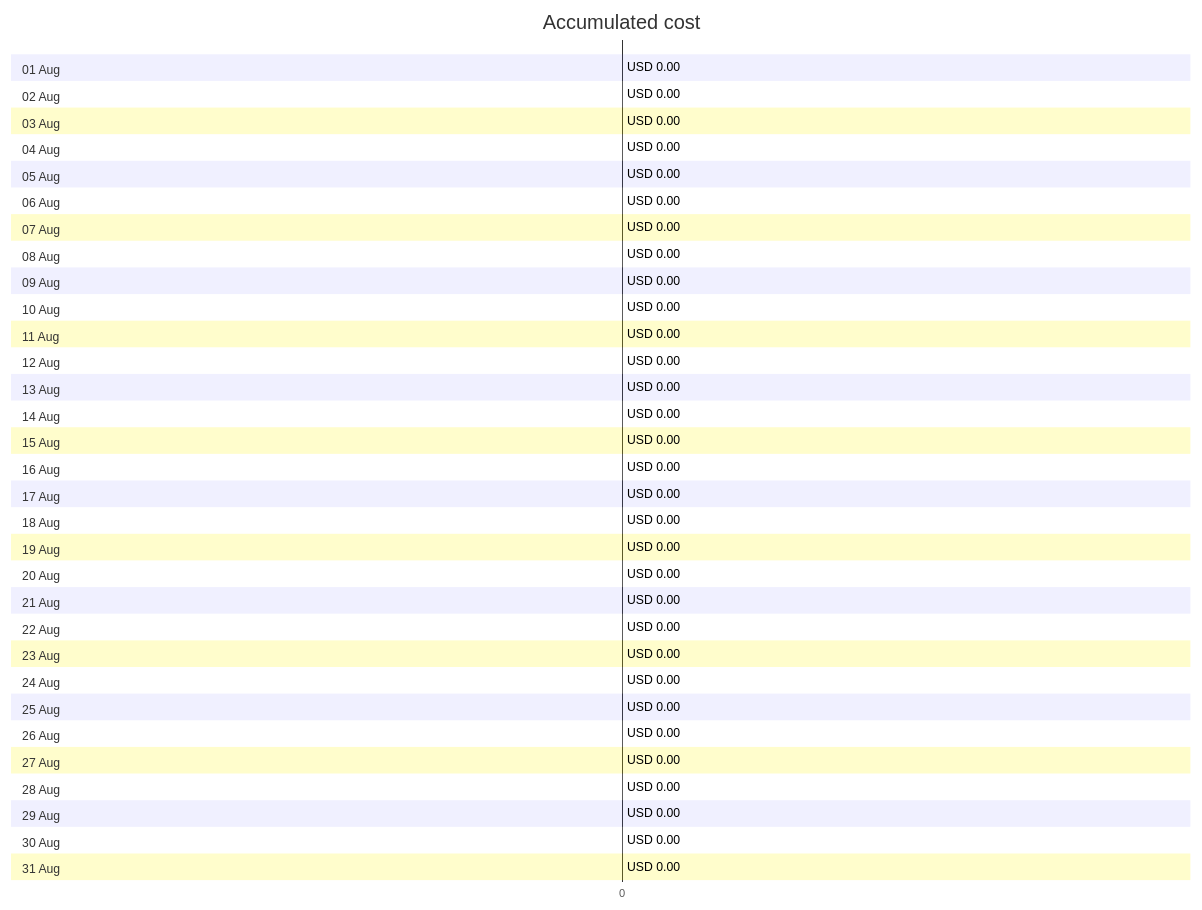
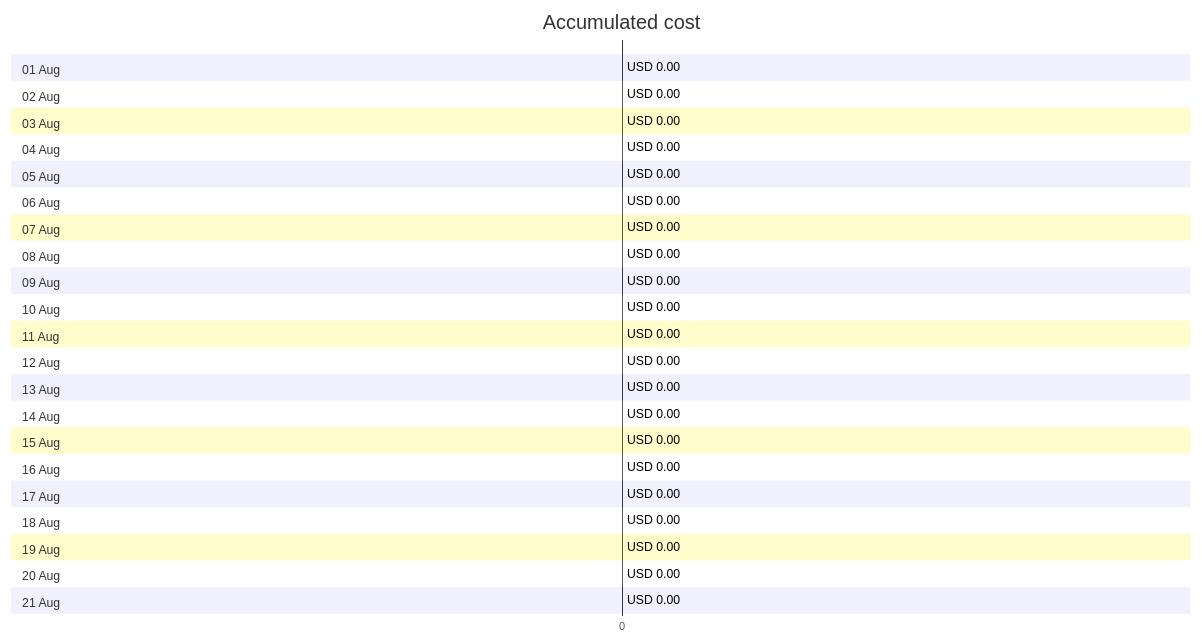
One commit to jpfulton/azure-personal-reports changed the first of 4 diagrams in cost-reports/personal-site/personal-site-api-preview.md. Above: the diagram before and after it, drawn with Mermaid. The commit also changed other lines of this file and 6 other files, not shown here.

````diff
--- a/cost-reports/personal-site/personal-site-api-preview.md
+++ b/cost-reports/personal-site/personal-site-api-preview.md
@@ -20,68 +20,48 @@
 ```mermaid
 gantt
    title Accumulated cost
    dateFormat  X
    axisFormat %s
    section 01 Aug
    USD 0.00 :0, 0
    section 02 Aug
    USD 0.00 :0, 0
    section 03 Aug
    USD 0.00 :0, 0
    section 04 Aug
    USD 0.00 :0, 0
    section 05 Aug
    USD 0.00 :0, 0
    section 06 Aug
    USD 0.00 :0, 0
    section 07 Aug
    USD 0.00 :0, 0
    section 08 Aug
    USD 0.00 :0, 0
    section 09 Aug
    USD 0.00 :0, 0
    section 10 Aug
    USD 0.00 :0, 0
    section 11 Aug
    USD 0.00 :0, 0
    section 12 Aug
    USD 0.00 :0, 0
    section 13 Aug
    USD 0.00 :0, 0
    section 14 Aug
    USD 0.00 :0, 0
    section 15 Aug
    USD 0.00 :0, 0
    section 16 Aug
    USD 0.00 :0, 0
    section 17 Aug
    USD 0.00 :0, 0
    section 18 Aug
    USD 0.00 :0, 0
    section 19 Aug
    USD 0.00 :0, 0
    section 20 Aug
    USD 0.00 :0, 0
    section 21 Aug
-   USD 0.00 : done, 0, 0
-   section 22 Aug
-   USD 0.00 : done, 0, 0
-   section 23 Aug
-   USD 0.00 : done, 0, 0
-   section 24 Aug
-   USD 0.00 : done, 0, 0
-   section 25 Aug
-   USD 0.00 : done, 0, 0
-   section 26 Aug
-   USD 0.00 : done, 0, 0
-   section 27 Aug
-   USD 0.00 : done, 0, 0
-   section 28 Aug
-   USD 0.00 : done, 0, 0
-   section 29 Aug
-   USD 0.00 : done, 0, 0
-   section 30 Aug
-   USD 0.00 : done, 0, 0
-   section 31 Aug
-   USD 0.00 : done, 0, 0
+   USD 0.00 :0, 0
 ```
````
